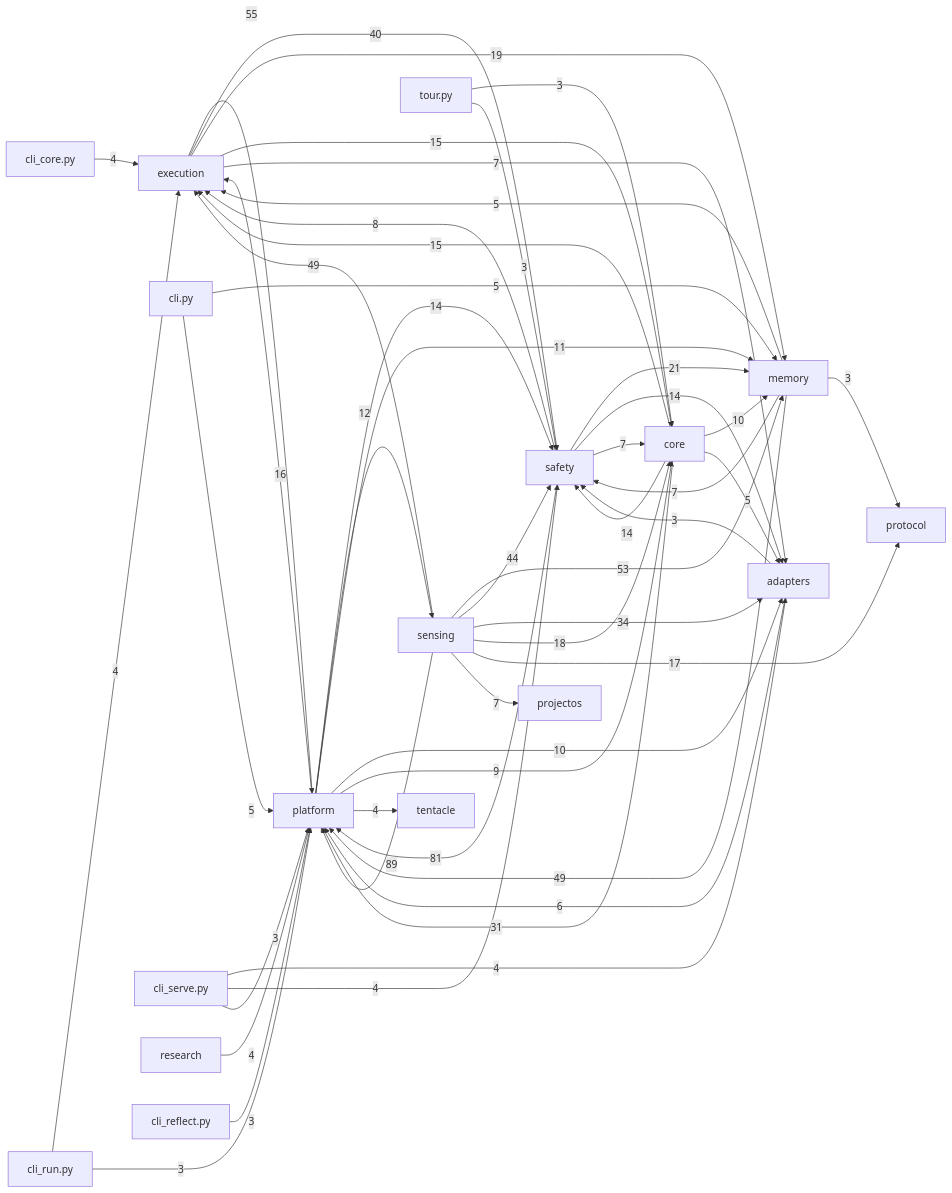
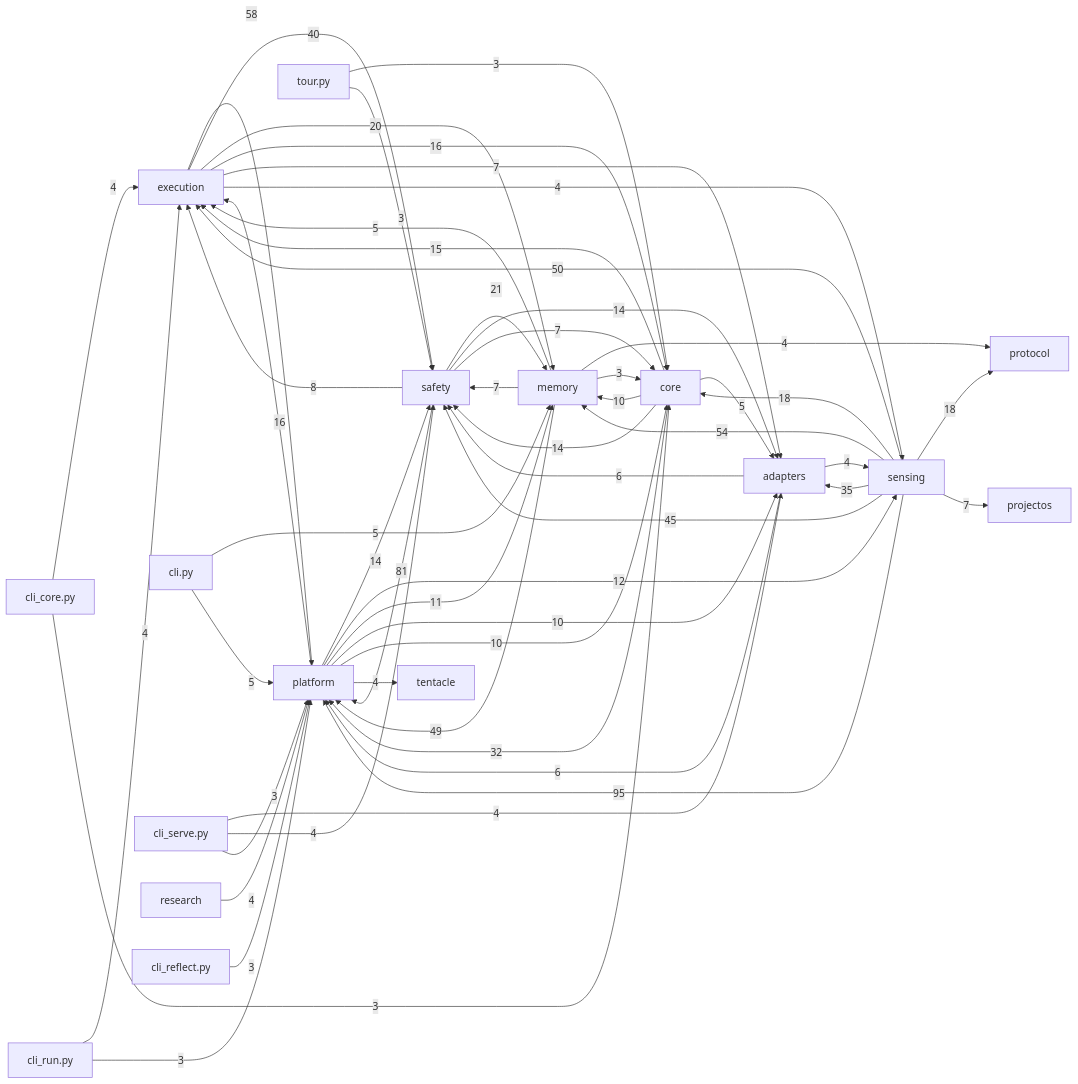
One commit to dengdenghua/octopus-agent changed the diagram in docs/auto/20-backend/index.md. Above: the diagram before and after it, drawn with Mermaid. The commit also changed 11 other files, not shown here.

````diff
--- a/docs/auto/20-backend/index.md
+++ b/docs/auto/20-backend/index.md
@@ -26,58 +26,62 @@
 ```mermaid
 graph LR
   execution[execution]
   core[core]
   safety[safety]
   memory[memory]
   sensing[sensing]
   adapters[adapters]
   platform[platform]
-  sensing -- 89 --> platform
+  sensing -- 95 --> platform
   safety -- 81 --> platform
-  execution -- 55 --> platform
-  sensing -- 53 --> memory
+  execution -- 58 --> platform
+  sensing -- 54 --> memory
+  sensing -- 50 --> execution
   memory -- 49 --> platform
-  sensing -- 49 --> execution
-  sensing -- 44 --> safety
+  sensing -- 45 --> safety
   execution -- 40 --> safety
-  sensing -- 34 --> adapters
-  core -- 31 --> platform
+  sensing -- 35 --> adapters
+  core -- 32 --> platform
   safety -- 21 --> memory
-  execution -- 19 --> memory
+  execution -- 20 --> memory
   sensing -- 18 --> core
-  sensing -- 17 --> protocol
+  sensing -- 18 --> protocol
+  execution -- 16 --> core
   platform -- 16 --> execution
   core -- 15 --> execution
-  execution -- 15 --> core
   core -- 14 --> safety
   platform -- 14 --> safety
   safety -- 14 --> adapters
   platform -- 12 --> sensing
   platform -- 11 --> memory
   core -- 10 --> memory
   platform -- 10 --> adapters
-  platform -- 9 --> core
+  platform -- 10 --> core
   safety -- 8 --> execution
   execution -- 7 --> adapters
   memory -- 7 --> safety
   safety -- 7 --> core
   sensing -- 7 --> projectos
   adapters -- 6 --> platform
+  adapters -- 6 --> safety
   cli.py -- 5 --> memory
   cli.py -- 5 --> platform
   core -- 5 --> adapters
   memory -- 5 --> execution
+  adapters -- 4 --> sensing
   cli_core.py -- 4 --> execution
   cli_run.py -- 4 --> execution
   cli_serve.py -- 4 --> adapters
   cli_serve.py -- 4 --> safety
+  execution -- 4 --> sensing
+  memory -- 4 --> protocol
   platform -- 4 --> tentacle
   research -- 4 --> platform
-  adapters -- 3 --> safety
+  cli_core.py -- 3 --> core
   cli_reflect.py -- 3 --> platform
   cli_run.py -- 3 --> platform
   cli_serve.py -- 3 --> platform
-  memory -- 3 --> protocol
+  memory -- 3 --> core
   tour.py -- 3 --> core
   tour.py -- 3 --> safety
 ```
````
